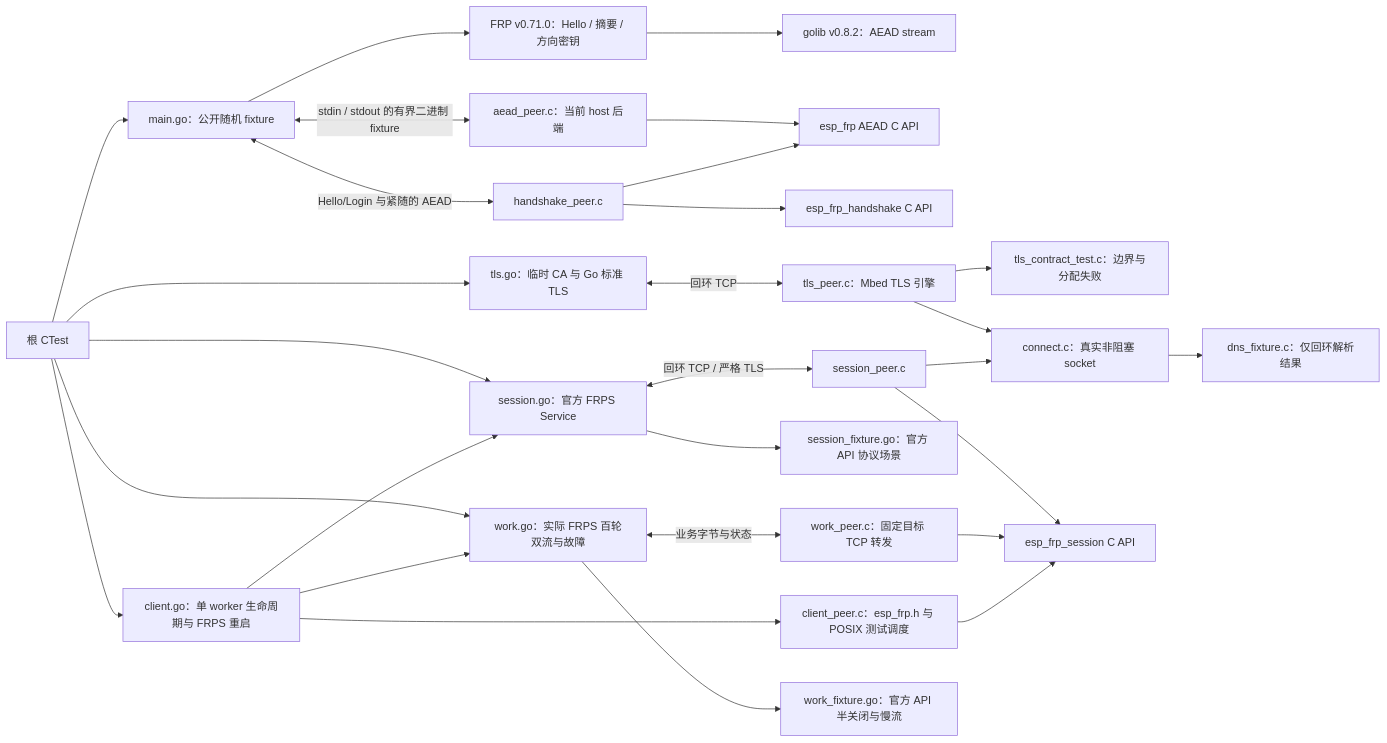
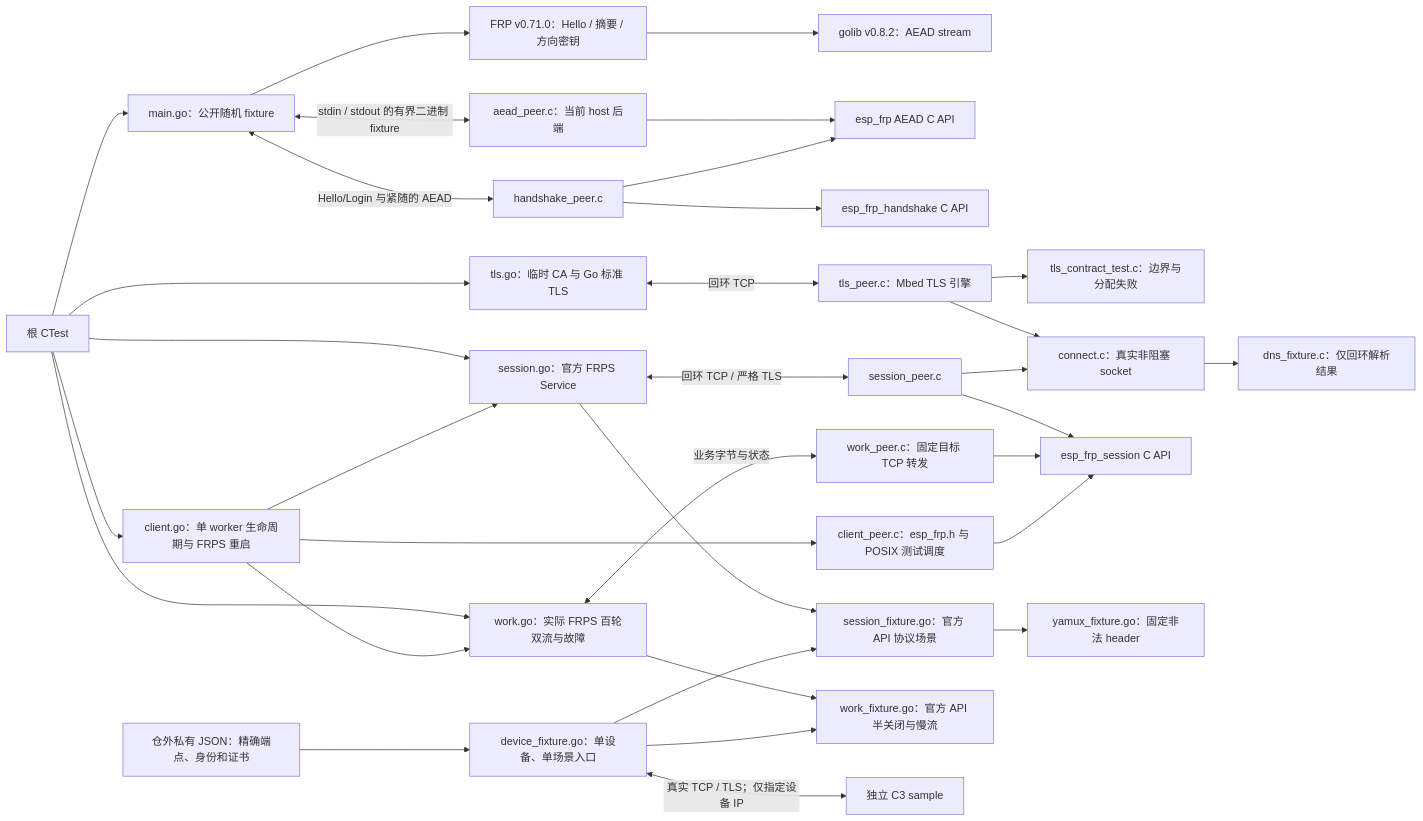
Before and after one commit to darren-you/esp-frp: the diagram in tests/crypto-interop/README.md, drawn with Mermaid. The commit also changed other lines of this file and 13 other files, not shown here.

First line of the commit message:
复用严格身份的官方协议 fixture，补充最大 AEAD 记录与非法 Yamux 组合用例

````diff
--- a/tests/crypto-interop/README.md
+++ b/tests/crypto-interop/README.md
@@ -5,30 +5,35 @@
 ```mermaid
 flowchart LR
     root["根 CTest"] --> go["main.go：公开随机 fixture"]
     go --> frp["FRP v0.71.0：Hello / 摘要 / 方向密钥"]
     frp --> lib["golib v0.8.2：AEAD stream"]
     go <-->|"stdin / stdout 的有界二进制 fixture"| peer["aead_peer.c：当前 host 后端"]
     peer --> core["esp_frp AEAD C API"]
     go <-->|"Hello/Login 与紧随的 AEAD"| handshake["handshake_peer.c"]
     handshake --> session["esp_frp_handshake C API"]
     handshake --> core
     root --> tls["tls.go：临时 CA 与 Go 标准 TLS"]
     tls <-->|"回环 TCP"| tp["tls_peer.c：Mbed TLS 引擎"]
     tp --> tc["tls_contract_test.c：边界与分配失败"]
     tp --> socket["connect.c：真实非阻塞 socket"]
     socket --> fixture["dns_fixture.c：仅回环解析结果"]
     root --> control["session.go：官方 FRPS Service"]
     control <-->|"回环 TCP / 严格 TLS"| sp["session_peer.c"]
     sp --> composed["esp_frp_session C API"]
     sp --> socket
     control --> faults["session_fixture.go：官方 API 协议场景"]
     root --> work["work.go：实际 FRPS 百轮双流与故障"]
     work <-->|"业务字节与状态"| wp["work_peer.c：固定目标 TCP 转发"]
     wp --> composed
     root --> client["client.go：单 worker 生命周期与 FRPS 重启"]
     client --> worker["client_peer.c：esp_frp.h 与 POSIX 测试调度"]
     worker --> composed
     client --> control
     client --> work
     work --> wf["work_fixture.go：官方 API 半关闭与慢流"]
+    private["仓外私有 JSON：精确端点、身份和证书"] --> device["device_fixture.go：单设备、单场景入口"]
+    device --> faults
+    device --> wf
+    faults --> malformed["yamux_fixture.go：固定非法 header"]
+    device <-->|"真实 TCP / TLS；仅指定设备 IP"| c3["独立 C3 sample"]
 ```
````
